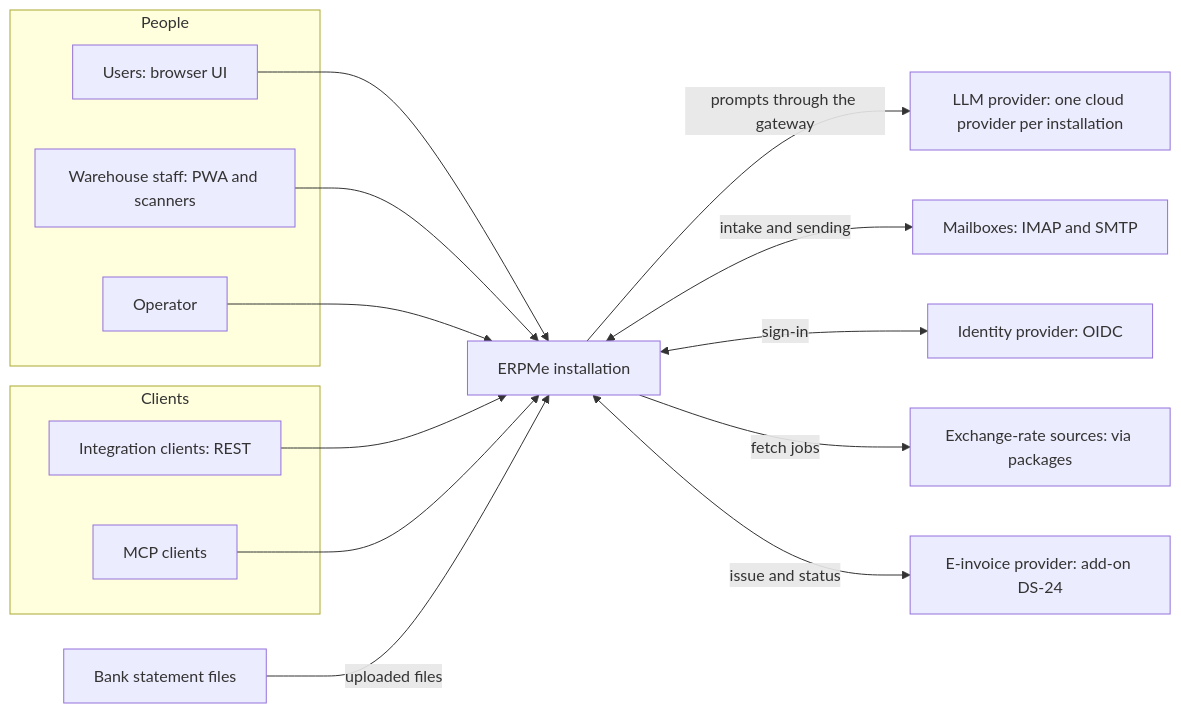
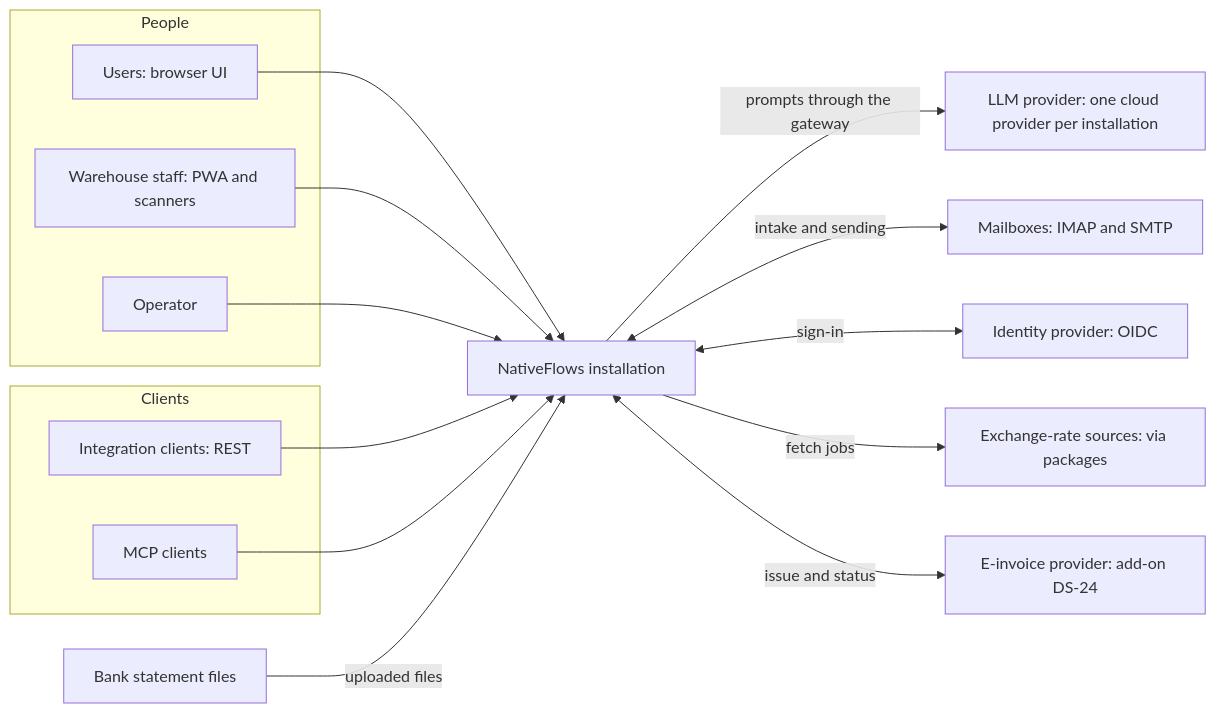
The first of 11 diagrams in docs/design/architecture-overview.md (AnGaudium/ERPMe), drawn with Mermaid before and after one commit. The commit also changed other lines of this file and 173 other files, not shown here.

First line of the commit message:
Rename the system from ERPMe to NativeFlows

````diff
--- a/docs/design/architecture-overview.md
+++ b/docs/design/architecture-overview.md
@@ -28,30 +28,30 @@
 ```mermaid
 flowchart LR
   subgraph People
     U["Users: browser UI"]
     W["Warehouse staff: PWA and scanners"]
     O["Operator"]
   end
   subgraph Clients
     I["Integration clients: REST"]
     M["MCP clients"]
   end
-  E["ERPMe installation"]
+  E["NativeFlows installation"]
   LLM["LLM provider: one cloud provider per installation"]
   MB["Mailboxes: IMAP and SMTP"]
   IDP["Identity provider: OIDC"]
   BANK["Bank statement files"]
   FX["Exchange-rate sources: via packages"]
   EINV["E-invoice provider: add-on DS-24"]
   U --> E
   W --> E
   O --> E
   I --> E
   M --> E
   E -->|"prompts through the gateway"| LLM
   E <-->|"intake and sending"| MB
   E <-->|"sign-in"| IDP
   BANK -->|"uploaded files"| E
   E -->|"fetch jobs"| FX
   E <-->|"issue and status"| EINV
 ```
````
